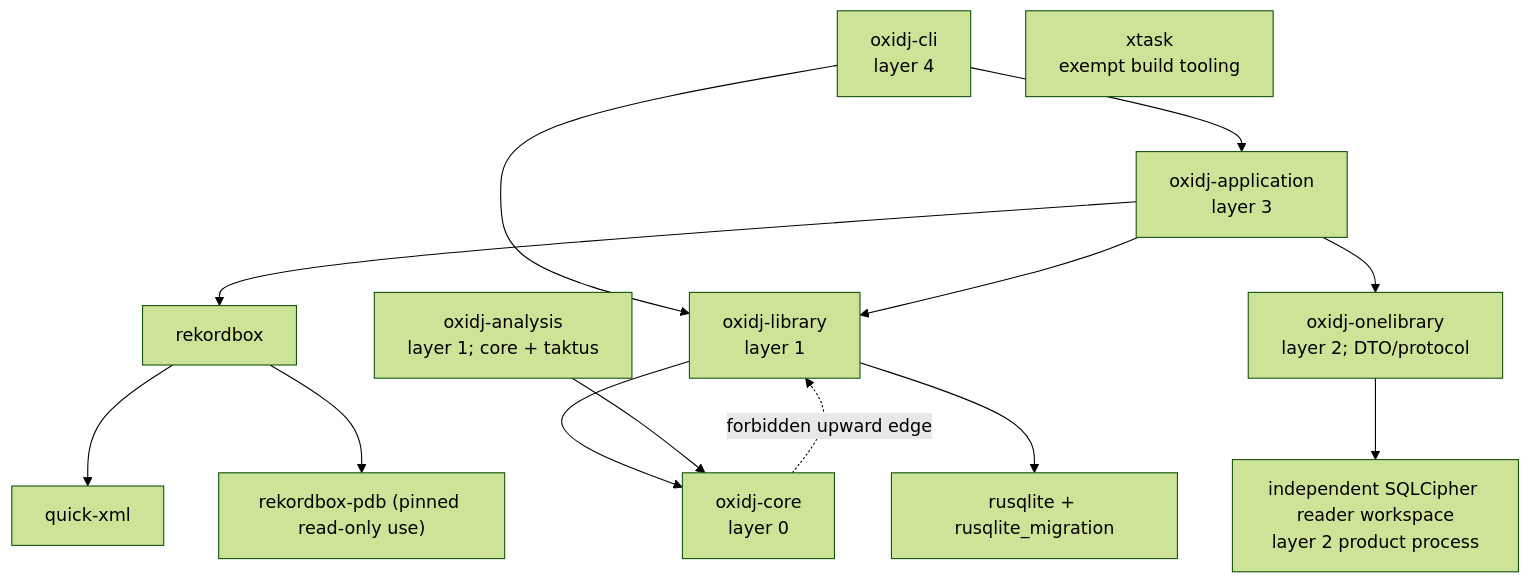
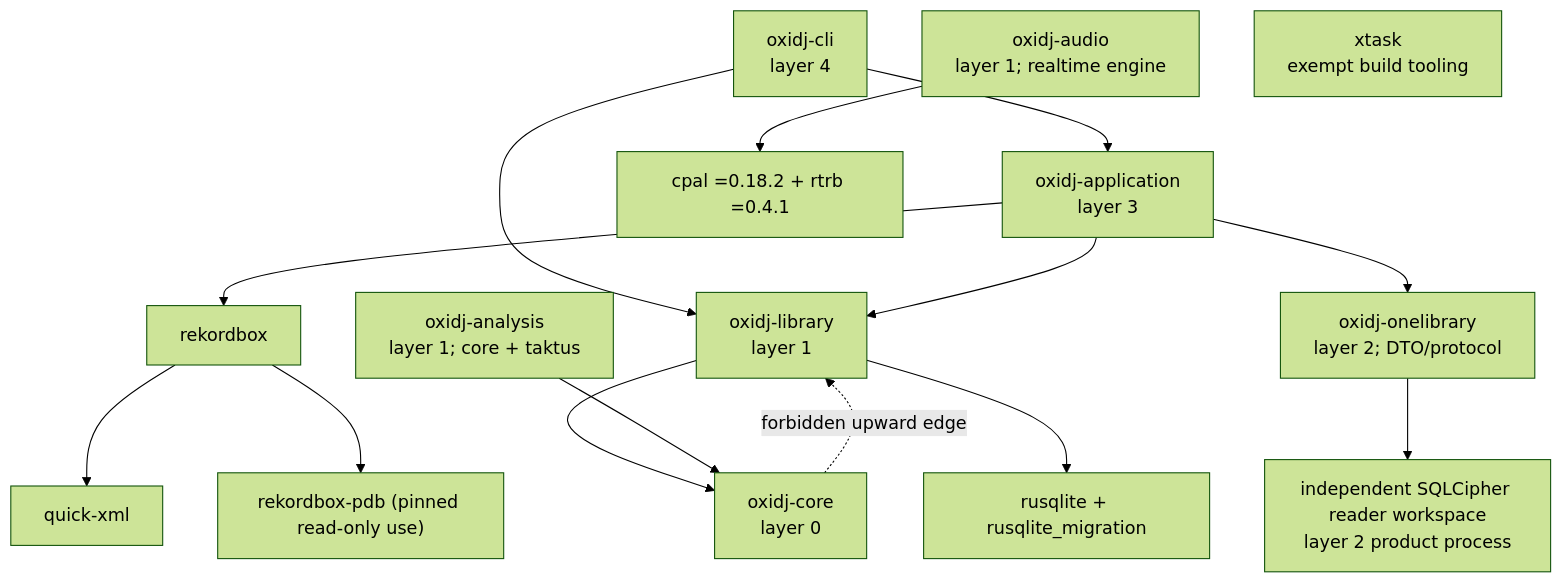
One commit to Senci/oxidj changed the diagram in docs/layers-policy.md. Above: the diagram before and after it, drawn with Mermaid (forest theme). The commit also changed other lines of this file and 24 other files, not shown here.

First line of the commit message:
feat(audio): M8 D2 oxidj-audio crate (CPAL) and live deck transport (WIP)

````diff
--- a/docs/layers-policy.md
+++ b/docs/layers-policy.md
@@ -38,16 +39,17 @@
 ```mermaid
 flowchart TB
     cli["oxidj-cli<br/>layer 4"] --> app["oxidj-application<br/>layer 3"]
     cli --> library["oxidj-library<br/>layer 1"]
     app --> rekordbox
     app --> library
     app --> onelibrary["oxidj-onelibrary<br/>layer 2; DTO/protocol"]
     onelibrary --> reader["independent SQLCipher reader workspace<br/>layer 2 product process"]
     rekordbox --> xml["quick-xml"]
     rekordbox --> pdb["rekordbox-pdb (pinned read-only use)"]
     library --> core["oxidj-core<br/>layer 0"]
     analysis["oxidj-analysis<br/>layer 1; core + taktus"] --> core
+    engine["oxidj-audio<br/>layer 1; realtime engine"] --> cpal["cpal =0.18.2 + rtrb =0.4.1"]
     library --> sqlite["rusqlite + rusqlite_migration"]
     core -. "forbidden upward edge" .-> library
     xtask["xtask<br/>exempt build tooling"]
 ```
````
